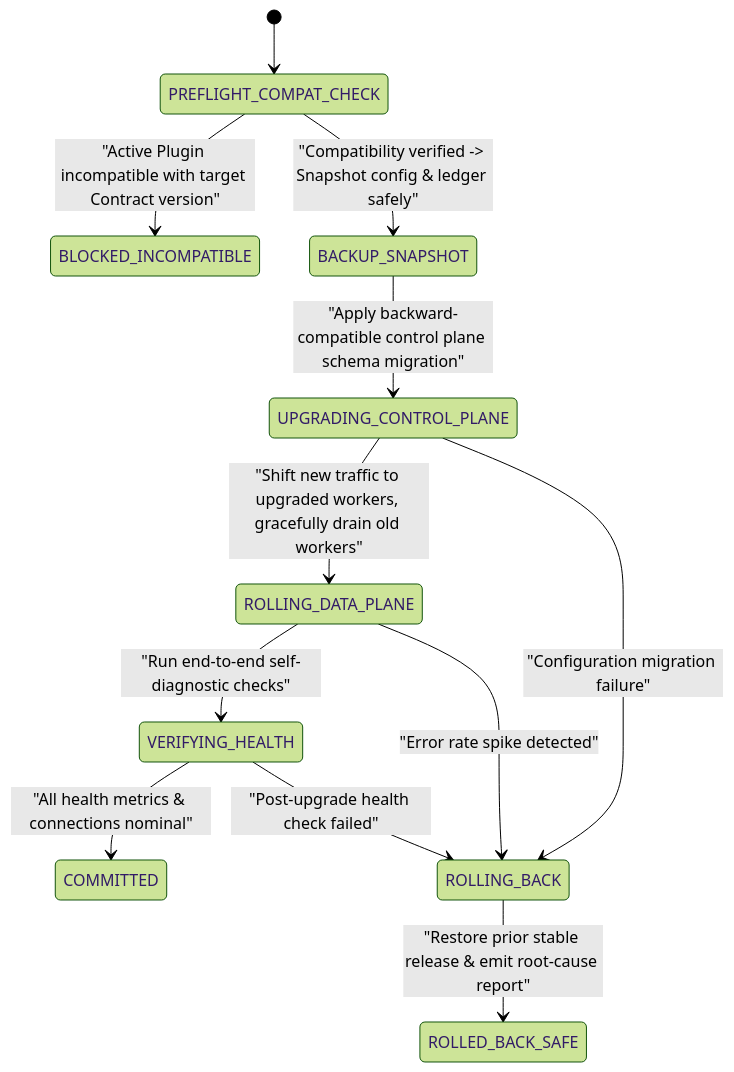
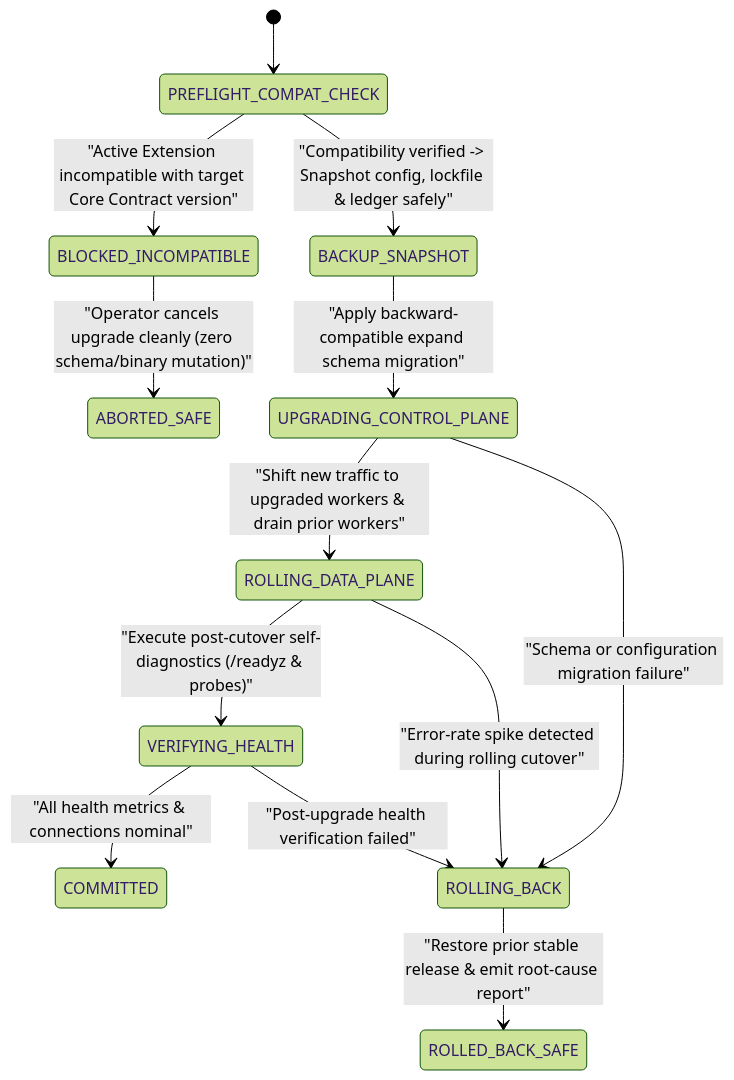
One commit to nguywnben/tanpopo changed the ninth of 10 diagrams in docs/requirements/business-entity-map.md. Above: the diagram before and after it, drawn with Mermaid (forest theme). The commit also changed other lines of this file and 70 other files, not shown here.

````diff
--- a/docs/requirements/business-entity-map.md
+++ b/docs/requirements/business-entity-map.md
@@ -246,14 +320,15 @@
 ```mermaid
 stateDiagram-v2
     [*] --> PREFLIGHT_COMPAT_CHECK
-    PREFLIGHT_COMPAT_CHECK --> BLOCKED_INCOMPATIBLE : "Active Plugin incompatible with target Contract version"
-    PREFLIGHT_COMPAT_CHECK --> BACKUP_SNAPSHOT : "Compatibility verified -> Snapshot config & ledger safely"
-    BACKUP_SNAPSHOT --> UPGRADING_CONTROL_PLANE : "Apply backward-compatible control plane schema migration"
-    UPGRADING_CONTROL_PLANE --> ROLLING_DATA_PLANE : "Shift new traffic to upgraded workers, gracefully drain old workers"
-    ROLLING_DATA_PLANE --> VERIFYING_HEALTH : "Run end-to-end self-diagnostic checks"
+    PREFLIGHT_COMPAT_CHECK --> BLOCKED_INCOMPATIBLE : "Active Extension incompatible with target Core Contract version"
+    BLOCKED_INCOMPATIBLE --> ABORTED_SAFE : "Operator cancels upgrade cleanly (zero schema/binary mutation)"
+    PREFLIGHT_COMPAT_CHECK --> BACKUP_SNAPSHOT : "Compatibility verified -> Snapshot config, lockfile & ledger safely"
+    BACKUP_SNAPSHOT --> UPGRADING_CONTROL_PLANE : "Apply backward-compatible expand schema migration"
+    UPGRADING_CONTROL_PLANE --> ROLLING_DATA_PLANE : "Shift new traffic to upgraded workers & drain prior workers"
+    ROLLING_DATA_PLANE --> VERIFYING_HEALTH : "Execute post-cutover self-diagnostics (/readyz & probes)"
     VERIFYING_HEALTH --> COMMITTED : "All health metrics & connections nominal"
-    UPGRADING_CONTROL_PLANE --> ROLLING_BACK : "Configuration migration failure"
-    ROLLING_DATA_PLANE --> ROLLING_BACK : "Error rate spike detected"
-    VERIFYING_HEALTH --> ROLLING_BACK : "Post-upgrade health check failed"
+    UPGRADING_CONTROL_PLANE --> ROLLING_BACK : "Schema or configuration migration failure"
+    ROLLING_DATA_PLANE --> ROLLING_BACK : "Error-rate spike detected during rolling cutover"
+    VERIFYING_HEALTH --> ROLLING_BACK : "Post-upgrade health verification failed"
     ROLLING_BACK --> ROLLED_BACK_SAFE : "Restore prior stable release & emit root-cause report"
 ```
````
